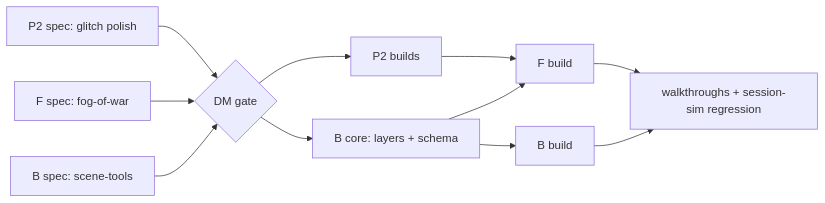
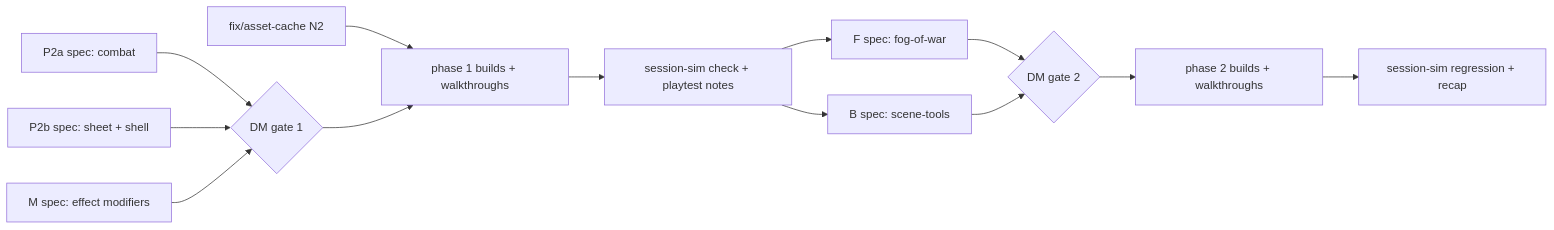
The diagram in docs/agents/sprint-2.md (szymonbalasz/pocket-plane), drawn with Mermaid before and after one commit. The commit also changed other lines of this file and 5 other files, not shown here.

Commit message:
Sprint 2 phase 1 = DM playtest notes N1-N11 + glitches, before fog / props (#188); 3D dice tray tier S, clickable dice notation tier A

````diff
--- a/docs/agents/sprint-2.md
+++ b/docs/agents/sprint-2.md
@@ -5,13 +7,15 @@
 ```mermaid
 flowchart LR
-  P1[P2 spec: glitch polish] --> G{DM gate}
-  F1[F spec: fog-of-war] --> G
-  B1[B spec: scene-tools] --> G
-  G --> PB[P2 builds]
-  G --> BC[B core: layers + schema]
-  PB --> FB[F build]
-  BC --> FB
-  BC --> BB[B build]
-  FB --> R[walkthroughs + session-sim regression]
-  BB --> R
+  Q[fix/asset-cache N2] --> M1
+  A[P2a spec: combat] --> G1{DM gate 1}
+  B[P2b spec: sheet + shell] --> G1
+  M[M spec: effect modifiers] --> G1
+  G1 --> M1[phase 1 builds + walkthroughs]
+  M1 --> R1[session-sim check + playtest notes]
+  R1 --> F[F spec: fog-of-war]
+  R1 --> S[B spec: scene-tools]
+  F --> G2{DM gate 2}
+  S --> G2
+  G2 --> M2[phase 2 builds + walkthroughs]
+  M2 --> R2[session-sim regression + recap]
 ```
````
